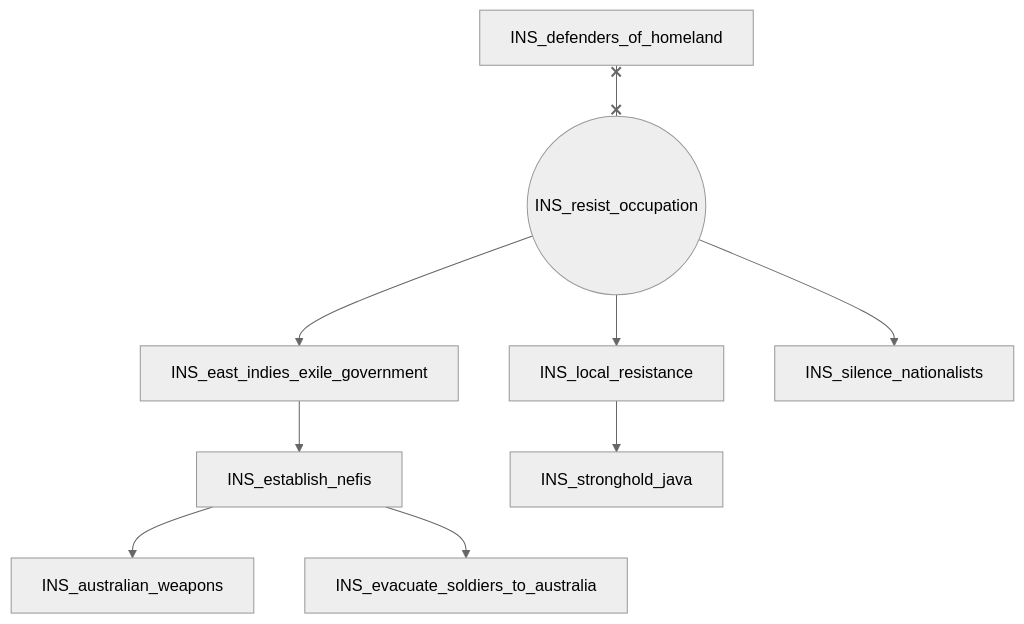
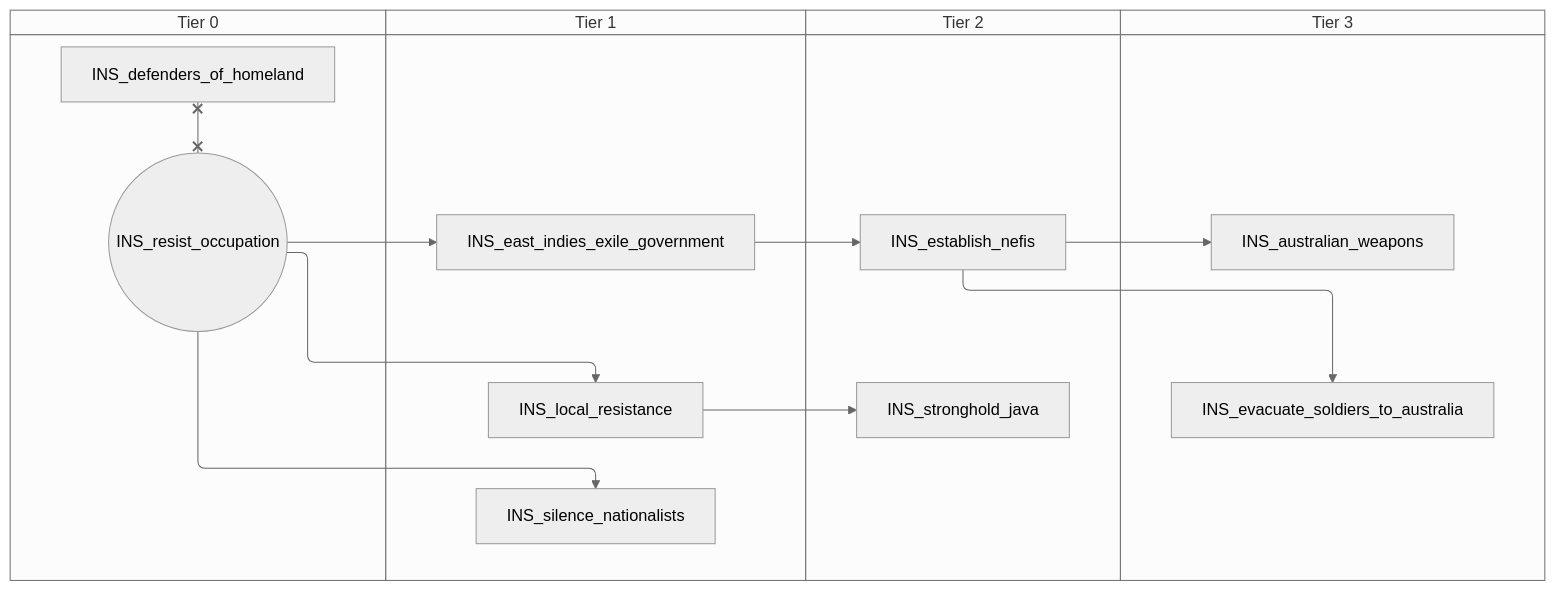
Before and after one commit to evgeny-sobol/hoi4-sandbox-mode-r56: the third of 5 diagrams in docs/gdd/National Focuses/indonesia.md, drawn with Mermaid (neutral theme). The commit also changed other lines of this file and 423 other files, not shown here.

First line of the commit message:
Re-export Rt56 focus trees as swimlane diagrams

````diff
--- a/docs/gdd/National Focuses/indonesia.md
+++ b/docs/gdd/National Focuses/indonesia.md
@@ -282,20 +312,28 @@
 ```mermaid
-flowchart TD
-    n117["INS_australian_weapons"]
-    n15["INS_defenders_of_homeland"]
-    n118["INS_east_indies_exile_government"]
-    n119["INS_establish_nefis"]
-    n120["INS_evacuate_soldiers_to_australia"]
-    n121["INS_local_resistance"]
-    n61(("INS_resist_occupation"))
-    n122["INS_silence_nationalists"]
-    n123["INS_stronghold_java"]
-    n119 --> n117
-    n61 --> n118
-    n118 --> n119
-    n119 --> n120
-    n61 --> n121
-    n61 --> n122
-    n121 --> n123
-    n15 x--x n61
+swimlane-beta TD
+    subgraph tier_0["Tier 0"]
+        n1["INS_defenders_of_homeland"]
+        n2(("INS_resist_occupation"))
+    end
+    subgraph tier_1["Tier 1"]
+        n117["INS_east_indies_exile_government"]
+        n118["INS_local_resistance"]
+        n119["INS_silence_nationalists"]
+    end
+    subgraph tier_2["Tier 2"]
+        n120["INS_establish_nefis"]
+        n121["INS_stronghold_java"]
+    end
+    subgraph tier_3["Tier 3"]
+        n122["INS_australian_weapons"]
+        n123["INS_evacuate_soldiers_to_australia"]
+    end
+    n120 --> n122
+    n2 --> n117
+    n117 --> n120
+    n120 --> n123
+    n2 --> n118
+    n2 --> n119
+    n118 --> n121
+    n1 x--x n2
 ```
````
